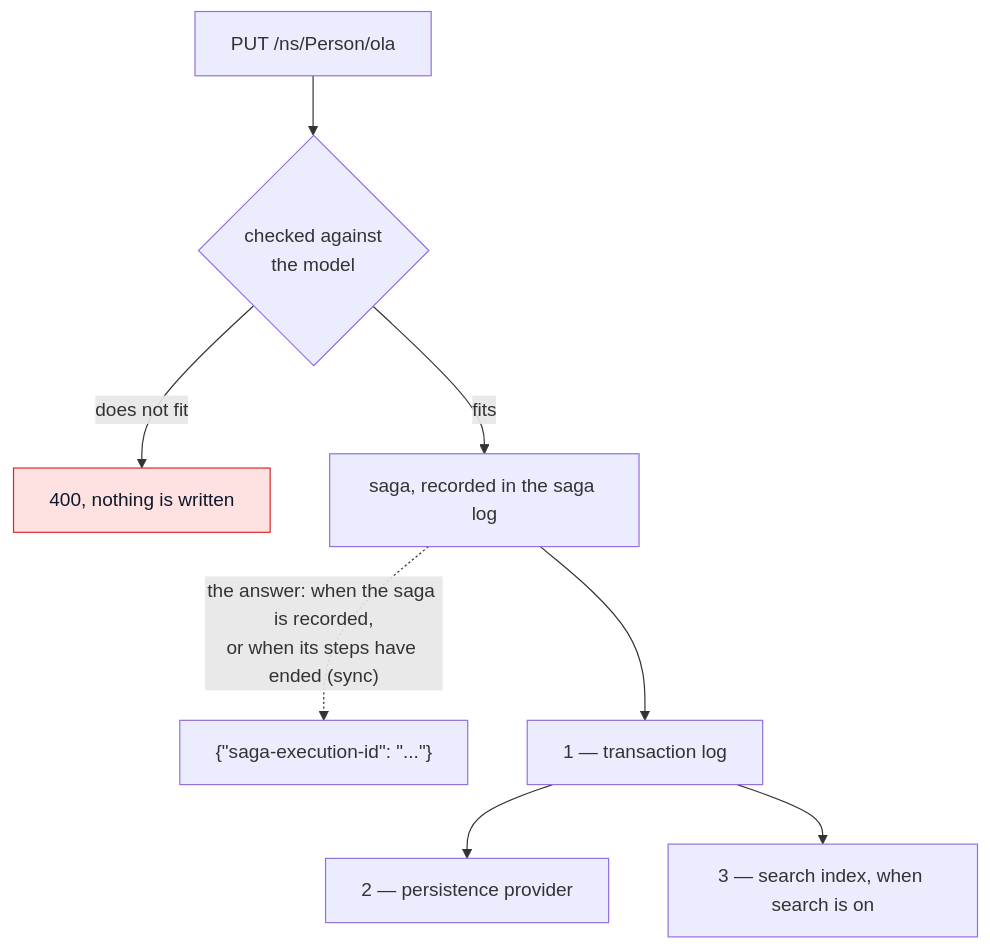
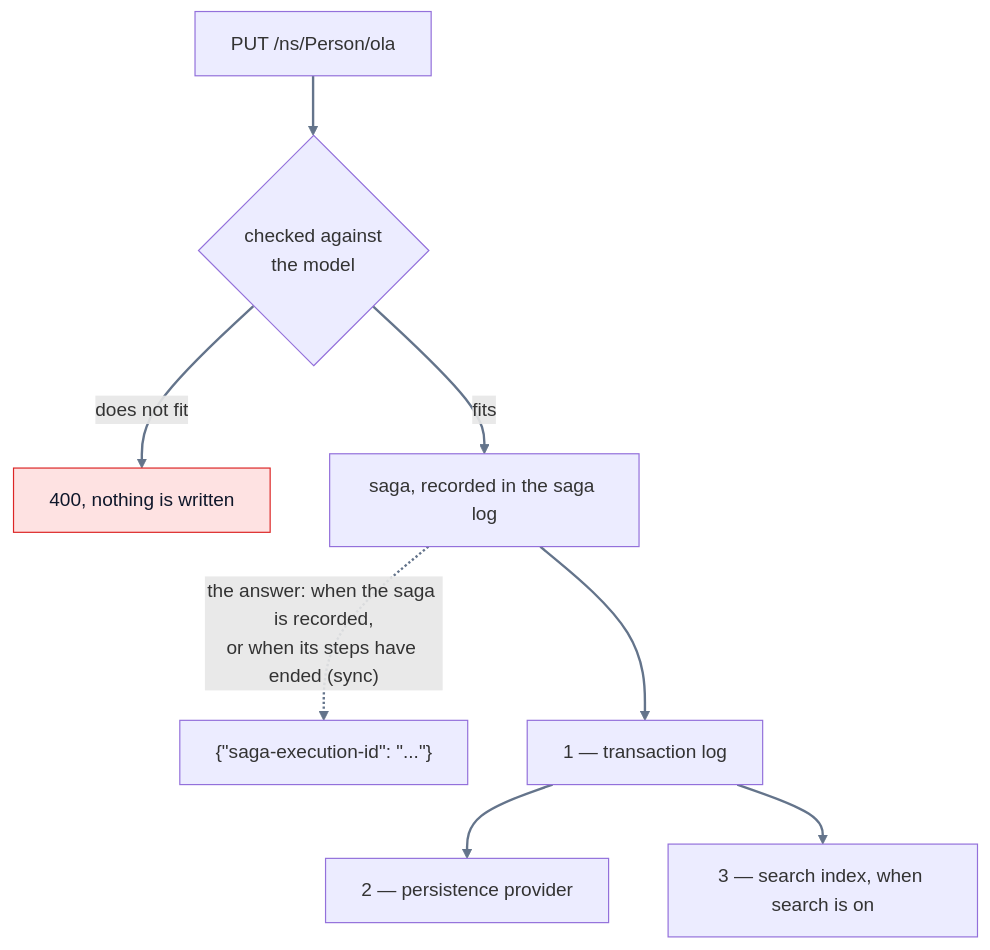
One commit to descoped/linked-data-store-project changed the ninth of 9 diagrams in docs/user/concepts.md. Above: the diagram before and after it, drawn with Mermaid. The commit also changed other lines of this file and 1 other file, not shown here.

````diff
--- a/docs/user/concepts.md
+++ b/docs/user/concepts.md
@@ -849,12 +852,13 @@
 ```mermaid
 flowchart TB
     put["PUT /ns/Person/ola"] --> check{"checked against<br/>the model"}
     check -- "does not fit" --> refused["400, nothing is written"]
     check -- fits --> saga["saga, recorded in the saga log"]
     saga -. "the answer: when the saga is recorded,<br/>or when its steps have ended (sync)" .-> answer["{#quot;saga-execution-id#quot;: #quot;...#quot;}"]
     saga --> txlog["1 — transaction log"]
     txlog --> store["2 — persistence provider"]
     txlog --> search["3 — search index, when search is on"]
     classDef bad fill:#fee2e2,stroke:#dc2626,color:#0f172a
     class refused bad
+    linkStyle default stroke:#64748b,stroke-width:2px
 ```
````
